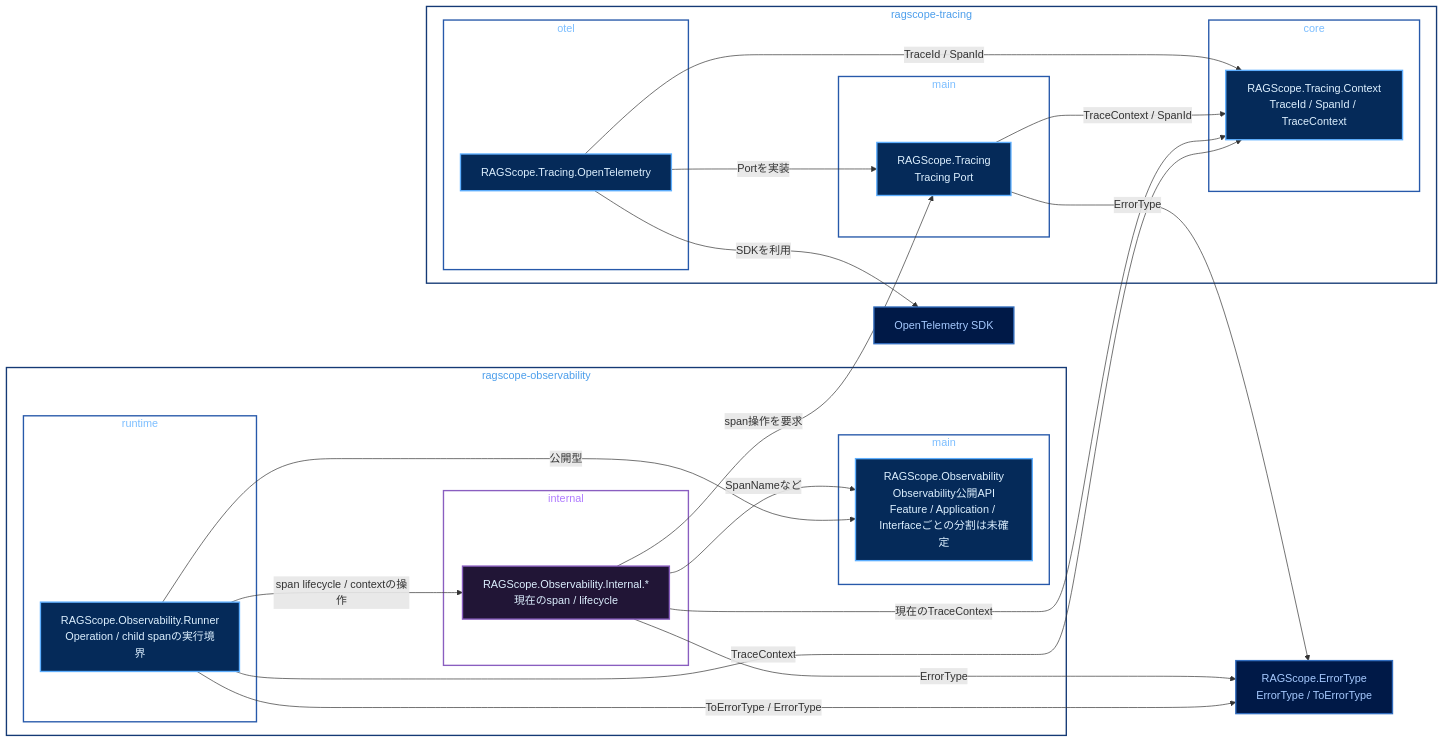
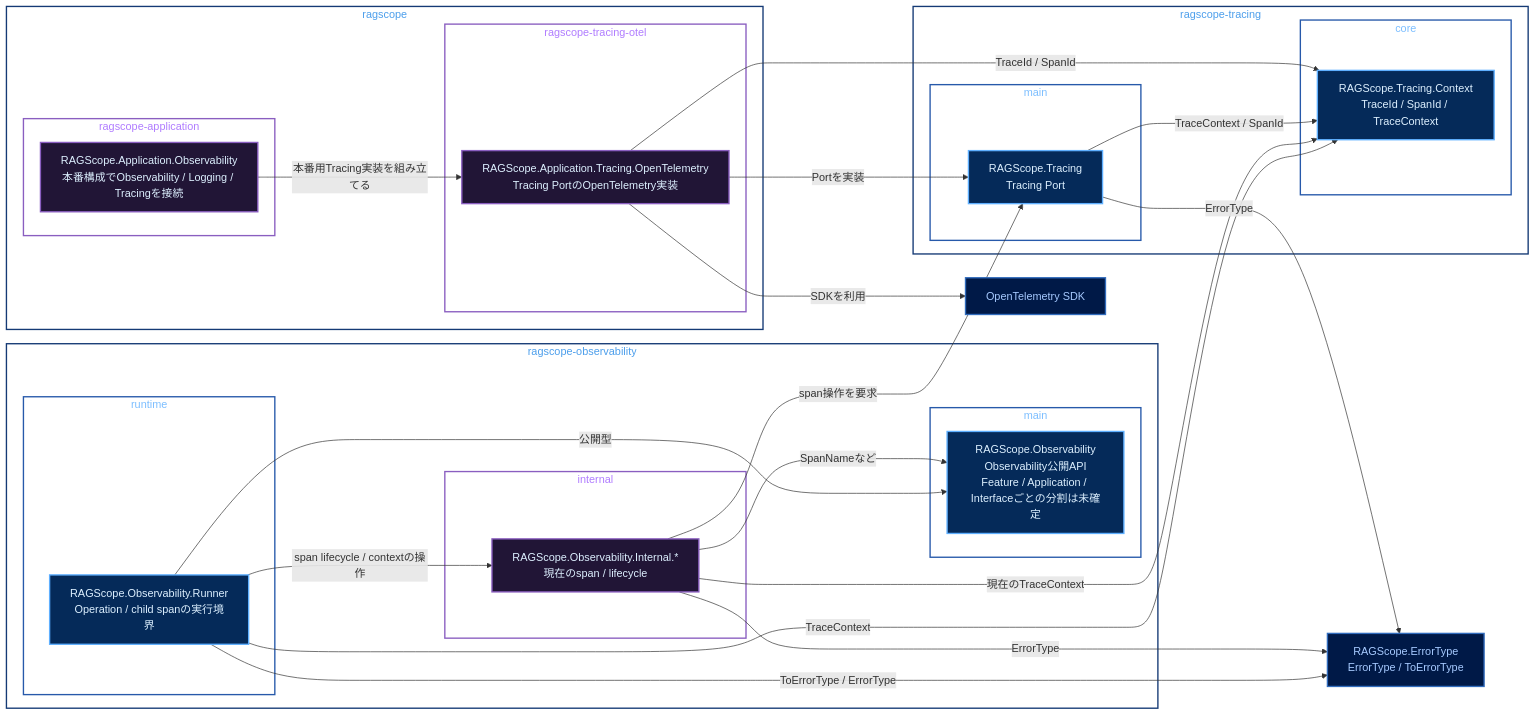
Before and after one commit to takashit16833/Workbench: the diagram in Notes/RAGScope/RAGScopeアプリケーション/実行追跡・構造化ログ静的依存図 Observability・Tracing.md, drawn with Mermaid. The commit also changed other lines of this file, not shown here.

Commit message:
docs: privatize OpenTelemetry tracing adapter

````diff
--- a/Notes/RAGScope/RAGScopeアプリケーション/実行追跡・構造化ログ静的依存図 Observability・Tracing.md
+++ b/Notes/RAGScope/RAGScopeアプリケーション/実行追跡・構造化ログ静的依存図 Observability・Tracing.md
@@ -19,63 +21,72 @@
 ```mermaid
 flowchart LR
     subgraph pkg_obs["ragscope-observability"]
         subgraph obs_main_lib["main"]
             obs["RAGScope.Observability<br/>Observability公開API<br/>Feature / Application / Interfaceごとの分割は未確定"]
         end
         subgraph obs_runtime_lib["runtime"]
             runner["RAGScope.Observability.Runner<br/>Operation / child spanの実行境界"]
         end
         subgraph obs_internal_lib["internal"]
             internal["RAGScope.Observability.Internal.*<br/>現在のspan / lifecycle"]
         end
     end
 
     subgraph pkg_tracing["ragscope-tracing"]
         subgraph tracing_main_lib["main"]
             tracing["RAGScope.Tracing<br/>Tracing Port"]
         end
-        subgraph tracing_otel_lib["otel"]
-            otel["RAGScope.Tracing.OpenTelemetry"]
-        end
         subgraph tracing_core_lib["core"]
             context["RAGScope.Tracing.Context<br/>TraceId / SpanId / TraceContext"]
+        end
+    end
+
+    subgraph pkg_ragscope["ragscope"]
+        subgraph app_lib["ragscope-application"]
+            app_obs["RAGScope.Application.Observability<br/>本番構成でObservability / Logging / Tracingを接続"]
+        end
+        subgraph otel_adapter_lib["ragscope-tracing-otel"]
+            otel_adapter["RAGScope.Application.Tracing.OpenTelemetry<br/>Tracing PortのOpenTelemetry実装"]
         end
     end
 
     error_type["RAGScope.ErrorType<br/>ErrorType / ToErrorType"]
     sdk["OpenTelemetry SDK"]
 
     runner -->|span lifecycle / contextの操作| internal
     runner -->|公開型| obs
     runner -->|ToErrorType / ErrorType| error_type
     runner -->|TraceContext| context
 
     internal -->|SpanNameなど| obs
     internal -->|ErrorType| error_type
     internal -->|span操作を要求| tracing
     internal -->|現在のTraceContext| context
 
     tracing -->|ErrorType| error_type
     tracing -->|TraceContext / SpanId| context
 
-    otel -->|Portを実装| tracing
-    otel -->|TraceId / SpanId| context
-    otel -->|SDKを利用| sdk
+    app_obs -->|本番用Tracing実装を組み立てる| otel_adapter
+    otel_adapter -->|Portを実装| tracing
+    otel_adapter -->|TraceId / SpanId| context
+    otel_adapter -->|SDKを利用| sdk
 
     classDef public fill:#052A59,stroke:#5EAFFF,color:#DDF0FF,stroke-width:2px
     classDef private fill:#211536,stroke:#8A5EC0,color:#DDF0FF,stroke-width:2px
     classDef outside fill:#001947,stroke:#316CBD,color:#A6CAFF,stroke-width:2px
 
-    class obs,runner,tracing,otel,context public
-    class internal private
+    class obs,runner,tracing,context public
+    class internal,app_obs,otel_adapter private
     class error_type,sdk outside
 
     style pkg_obs fill:transparent,stroke:#153A75,color:#4C9EEB,stroke-width:2px
     style pkg_tracing fill:transparent,stroke:#153A75,color:#4C9EEB,stroke-width:2px
+    style pkg_ragscope fill:transparent,stroke:#153A75,color:#4C9EEB,stroke-width:2px
     style obs_main_lib fill:transparent,stroke:#2759AA,color:#7CBEFF,stroke-width:2px
     style obs_runtime_lib fill:transparent,stroke:#2759AA,color:#7CBEFF,stroke-width:2px
     style obs_internal_lib fill:transparent,stroke:#8A5EC0,color:#B07CFF,stroke-width:2px
     style tracing_main_lib fill:transparent,stroke:#2759AA,color:#7CBEFF,stroke-width:2px
-    style tracing_otel_lib fill:transparent,stroke:#2759AA,color:#7CBEFF,stroke-width:2px
     style tracing_core_lib fill:transparent,stroke:#2759AA,color:#7CBEFF,stroke-width:2px
+    style app_lib fill:transparent,stroke:#8A5EC0,color:#B07CFF,stroke-width:2px
+    style otel_adapter_lib fill:transparent,stroke:#8A5EC0,color:#B07CFF,stroke-width:2px
 ```
````
